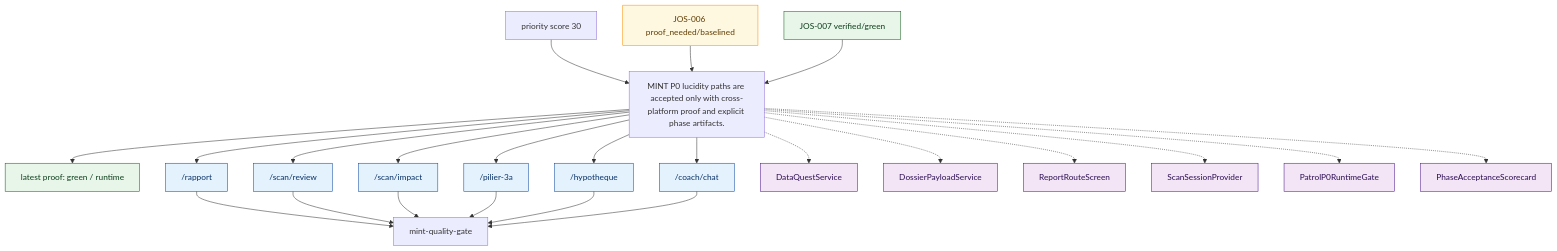
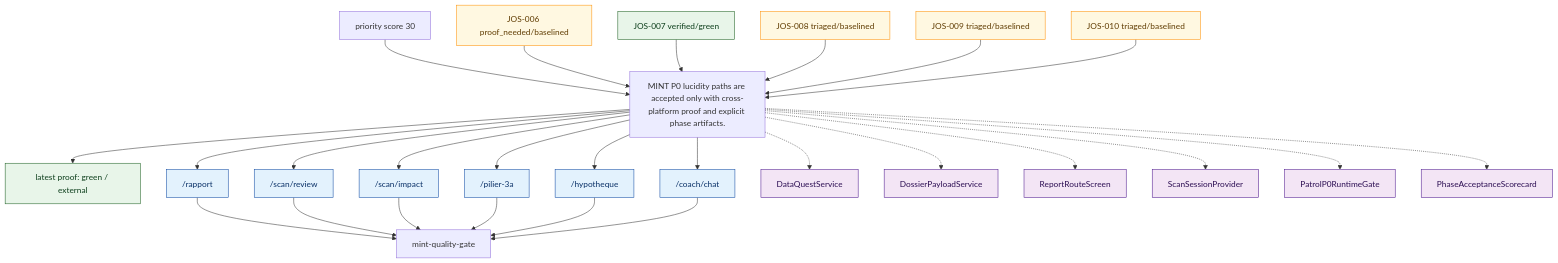
One commit to MINT-IA/MINT changed the diagram in .planning/journeys/diagrams/mint_lucidity_p0_acceptance.mmd. Above: the diagram before and after it, drawn with Mermaid. The commit also changed 15 other files, not shown here.

```diff
--- a/.planning/journeys/diagrams/mint_lucidity_p0_acceptance.mmd
+++ b/.planning/journeys/diagrams/mint_lucidity_p0_acceptance.mmd
@@ -1,65 +1,74 @@
 %% Generated from .planning/journeys/records/mint_lucidity_p0_acceptance.json
 flowchart TD
   promise["MINT P0 lucidity paths are accepted only with cross-platform proof and explicit phase artifacts."]
   team["mint-quality-gate"]
-  latest["latest proof: green / runtime"]
+  latest["latest proof: green / external"]
   promise --> latest
   classDef green fill:#e8f5e9,stroke:#1b5e20,color:#0b3d1a;
   classDef red fill:#ffebee,stroke:#b71c1c,color:#5f1111;
   classDef amber fill:#fff8e1,stroke:#ff8f00,color:#5f3b00;
   classDef blocked fill:#eceff1,stroke:#455a64,color:#263238;
   classDef neutral fill:#f5f5f5,stroke:#616161,color:#212121;
   classDef route fill:#e3f2fd,stroke:#0d47a1,color:#082f66;
   classDef surface fill:#f3e5f5,stroke:#4a148c,color:#2b0d52;
   classDef api fill:#e0f2f1,stroke:#00695c,color:#003d35;
   class latest green
   priority["priority score 30"]
   priority --> promise
   route_rapport["/rapport"]
   promise --> route_rapport
   route_rapport --> team
   class route_rapport route
   route_scan_review["/scan/review"]
   promise --> route_scan_review
   route_scan_review --> team
   class route_scan_review route
   route_scan_impact["/scan/impact"]
   promise --> route_scan_impact
   route_scan_impact --> team
   class route_scan_impact route
   route_pilier_3a["/pilier-3a"]
   promise --> route_pilier_3a
   route_pilier_3a --> team
   class route_pilier_3a route
   route_hypotheque["/hypotheque"]
   promise --> route_hypotheque
   route_hypotheque --> team
   class route_hypotheque route
   route_coach_chat["/coach/chat"]
   promise --> route_coach_chat
   route_coach_chat --> team
   class route_coach_chat route
   surface_DataQuestService["DataQuestService"]
   promise -.-> surface_DataQuestService
   class surface_DataQuestService surface
   surface_DossierPayloadService["DossierPayloadService"]
   promise -.-> surface_DossierPayloadService
   class surface_DossierPayloadService surface
   surface_ReportRouteScreen["ReportRouteScreen"]
   promise -.-> surface_ReportRouteScreen
   class surface_ReportRouteScreen surface
   surface_ScanSessionProvider["ScanSessionProvider"]
   promise -.-> surface_ScanSessionProvider
   class surface_ScanSessionProvider surface
   surface_PatrolP0RuntimeGate["PatrolP0RuntimeGate"]
   promise -.-> surface_PatrolP0RuntimeGate
   class surface_PatrolP0RuntimeGate surface
   surface_PhaseAcceptanceScorecard["PhaseAcceptanceScorecard"]
   promise -.-> surface_PhaseAcceptanceScorecard
   class surface_PhaseAcceptanceScorecard surface
   issue_JOS_006["JOS-006 proof_needed/baselined"]
   issue_JOS_006 --> promise
   class issue_JOS_006 amber
   issue_JOS_007["JOS-007 verified/green"]
   issue_JOS_007 --> promise
   class issue_JOS_007 green
+  issue_JOS_008["JOS-008 triaged/baselined"]
+  issue_JOS_008 --> promise
+  class issue_JOS_008 amber
+  issue_JOS_009["JOS-009 triaged/baselined"]
+  issue_JOS_009 --> promise
+  class issue_JOS_009 amber
+  issue_JOS_010["JOS-010 triaged/baselined"]
+  issue_JOS_010 --> promise
+  class issue_JOS_010 amber
```
